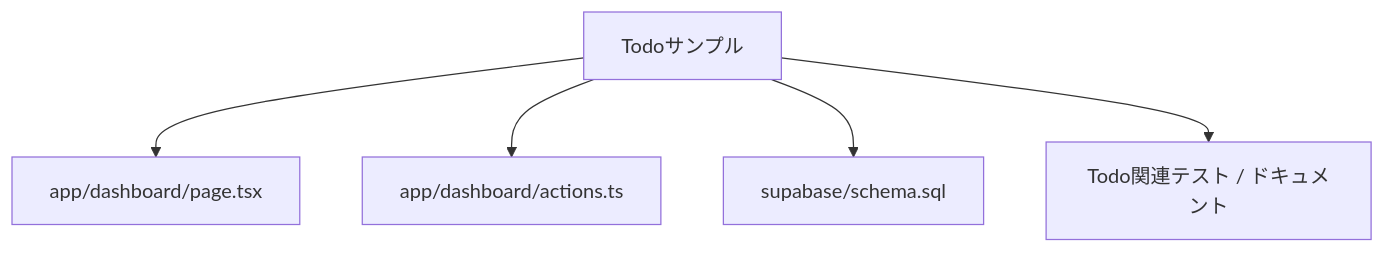
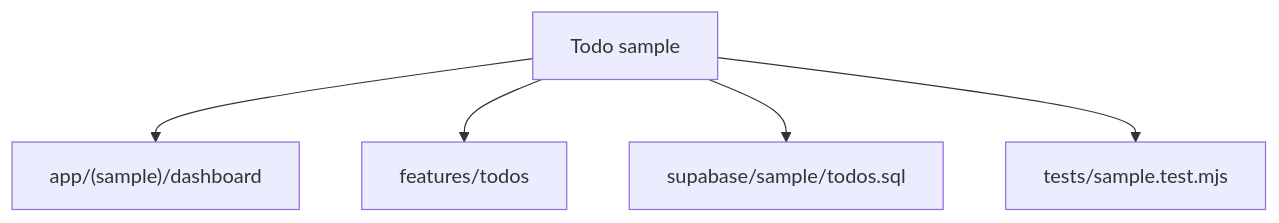
Before and after one commit to k-systems202208/nextjs-supabase-vercel-webapp-template: the third of 6 diagrams in docs/CUSTOMIZING.md, drawn with Mermaid. The commit also changed other lines of this file and 15 other files, not shown here.

````diff
--- a/docs/CUSTOMIZING.md
+++ b/docs/CUSTOMIZING.md
@@ -74,7 +106,7 @@
 ```mermaid
 flowchart TD
-    T["Todoサンプル"] --> P["app/dashboard/page.tsx"]
-    T --> A["app/dashboard/actions.ts"]
-    T --> S["supabase/schema.sql"]
-    T --> D["Todo関連テスト / ドキュメント"]
+    T["Todo sample"] --> P["app/(sample)/dashboard"]
+    T --> A["features/todos"]
+    T --> S["supabase/sample/todos.sql"]
+    T --> X["tests/sample.test.mjs"]
 ```
````
